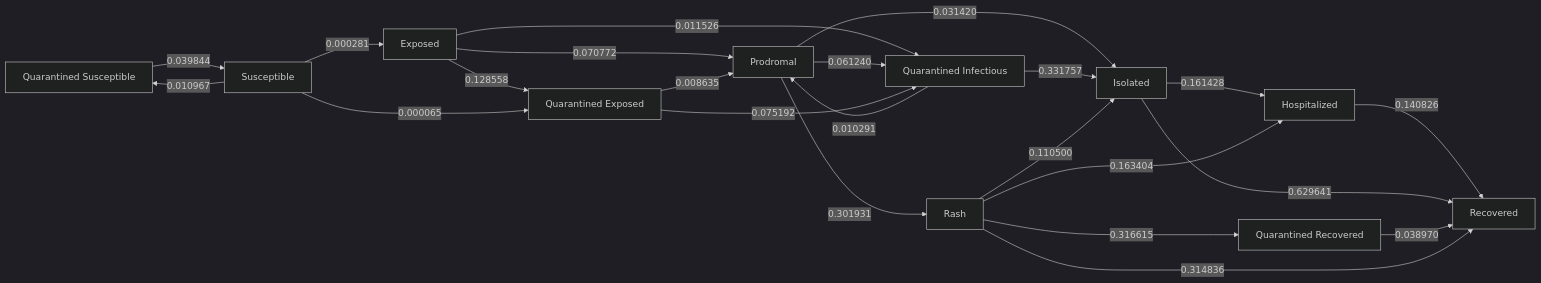
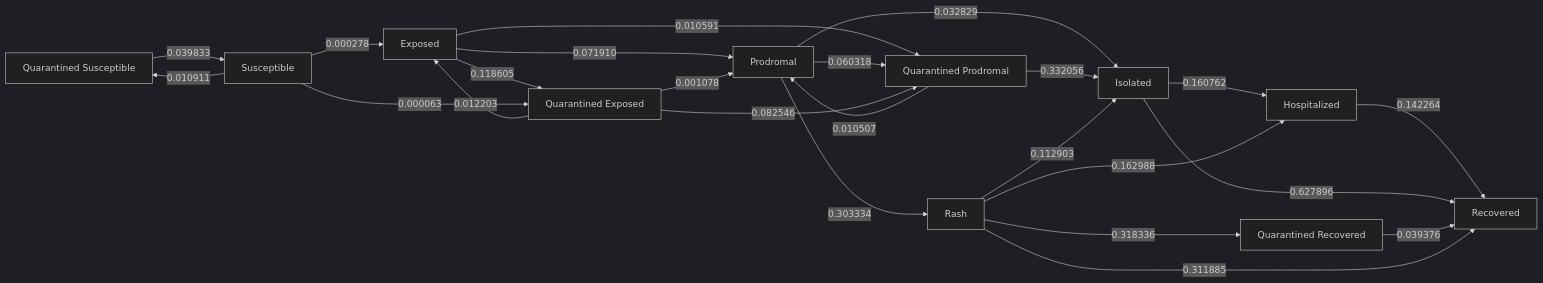
Before and after one commit to EpiForeSITE/epiworld-measles: the diagram in school_quarantine/canyon_grove_58_npi.md, drawn with Mermaid (dark theme). The commit also changed other lines of this file and 11 other files, not shown here.

````diff
--- a/school_quarantine/canyon_grove_58_npi.md
+++ b/school_quarantine/canyon_grove_58_npi.md
@@ -135,37 +136,38 @@
 ``` mermaid
 flowchart LR
     s0[Exposed]
     s1[Hospitalized]
     s2[Isolated]
     s3[Prodromal]
     s4[Quarantined Exposed]
-    s5[Quarantined Infectious]
+    s5[Quarantined Prodromal]
     s6[Quarantined Recovered]
     s7[Quarantined Susceptible]
     s8[Rash]
     s9[Recovered]
     s10[Susceptible]
-    s0 -->|0.070772| s3
-    s0 -->|0.128558| s4
-    s0 -->|0.011526| s5
-    s1 -->|0.140826| s9
-    s2 -->|0.161428| s1
-    s2 -->|0.629641| s9
-    s3 -->|0.031420| s2
-    s3 -->|0.061240| s5
-    s3 -->|0.301931| s8
-    s4 -->|0.008635| s3
-    s4 -->|0.075192| s5
-    s5 -->|0.331757| s2
-    s5 -->|0.010291| s3
-    s6 -->|0.038970| s9
-    s7 -->|0.039844| s10
-    s8 -->|0.163404| s1
-    s8 -->|0.110500| s2
-    s8 -->|0.316615| s6
-    s8 -->|0.314836| s9
-    s10 -->|0.000281| s0
-    s10 -->|0.000065| s4
-    s10 -->|0.010967| s7
+    s0 -->|0.071910| s3
+    s0 -->|0.118605| s4
+    s0 -->|0.010591| s5
+    s1 -->|0.142264| s9
+    s2 -->|0.160762| s1
+    s2 -->|0.627896| s9
+    s3 -->|0.032829| s2
+    s3 -->|0.060318| s5
+    s3 -->|0.303334| s8
+    s4 -->|0.012203| s0
+    s4 -->|0.001078| s3
+    s4 -->|0.082546| s5
+    s5 -->|0.332056| s2
+    s5 -->|0.010507| s3
+    s6 -->|0.039376| s9
+    s7 -->|0.039833| s10
+    s8 -->|0.162988| s1
+    s8 -->|0.112903| s2
+    s8 -->|0.318336| s6
+    s8 -->|0.311885| s9
+    s10 -->|0.000278| s0
+    s10 -->|0.000063| s4
+    s10 -->|0.010911| s7
 
 ```
````
